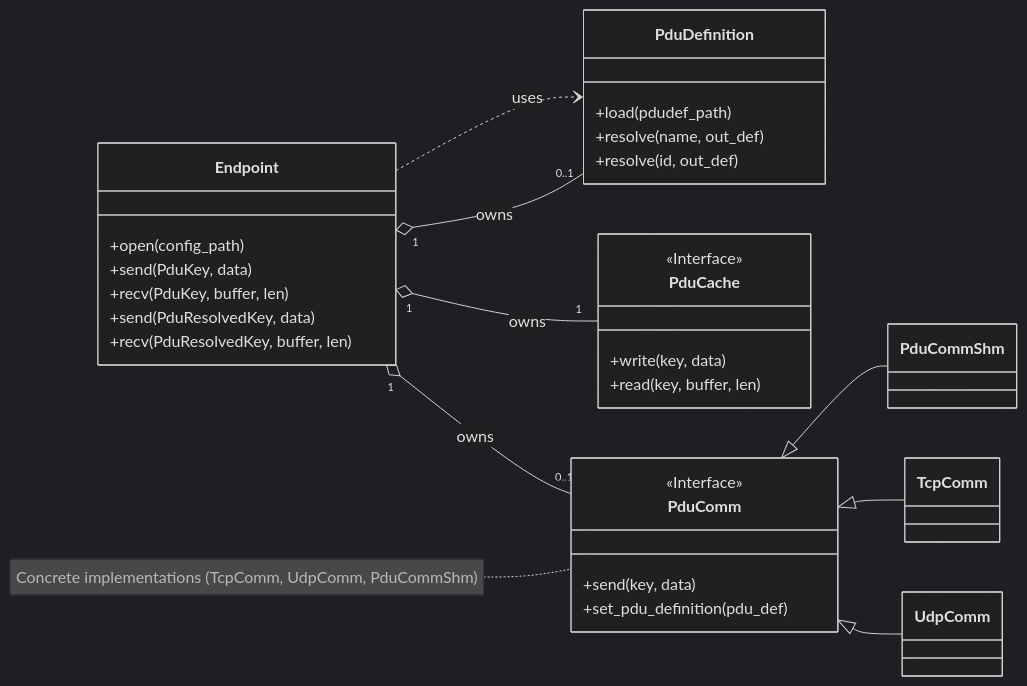
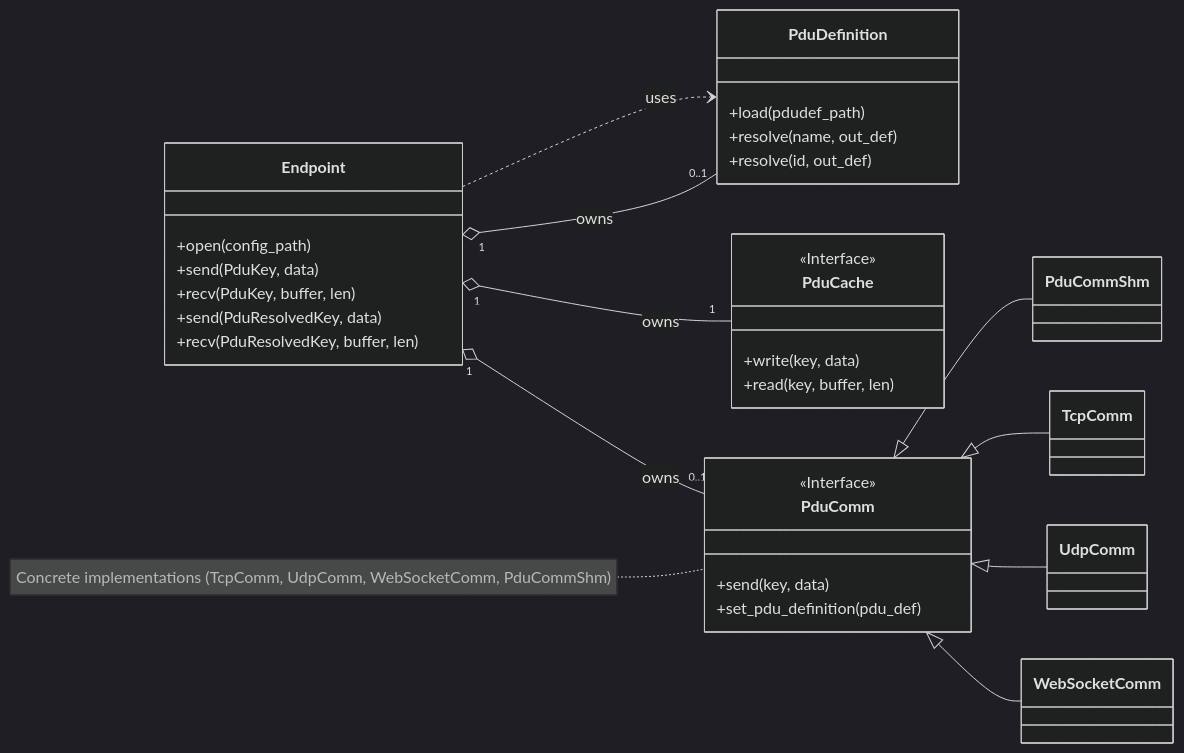
Before and after one commit to hakoniwalab/hakoniwa-pdu-endpoint: the diagram in README.md, drawn with Mermaid (dark theme). The commit also changed other lines of this file and 3 other files, not shown here.

Commit message:
Update docs and schemas for SHM/WebSocket

````diff
--- a/README.md
+++ b/README.md
@@ -211,46 +214,48 @@
 ```mermaid
 classDiagram
     direction LR
 
     class Endpoint {
         +open(config_path)
         +send(PduKey, data)
         +recv(PduKey, buffer, len)
         +send(PduResolvedKey, data)
         +recv(PduResolvedKey, buffer, len)
     }
 
     class PduDefinition {
         +load(pdudef_path)
         +resolve(name, out_def)
         +resolve(id, out_def)
     }
 
     class PduCache {
         <<Interface>>
         +write(key, data)
         +read(key, buffer, len)
     }
 
     class PduComm {
         <<Interface>>
         +send(key, data)
         +set_pdu_definition(pdu_def)
     }
 
     class PduCommShm
     class TcpComm
     class UdpComm
+    class WebSocketComm
 
     Endpoint "1" o-- "0..1" PduDefinition : owns
     Endpoint "1" o-- "1" PduCache : owns
     Endpoint "1" o-- "0..1" PduComm : owns
     Endpoint ..> PduDefinition : uses
 
     PduComm <|-- PduCommShm
     PduComm <|-- TcpComm
     PduComm <|-- UdpComm
+    PduComm <|-- WebSocketComm
     
-    note for PduComm "Concrete implementations (TcpComm, UdpComm, PduCommShm)"
+    note for PduComm "Concrete implementations (TcpComm, UdpComm, WebSocketComm, PduCommShm)"
 
 ```
````
